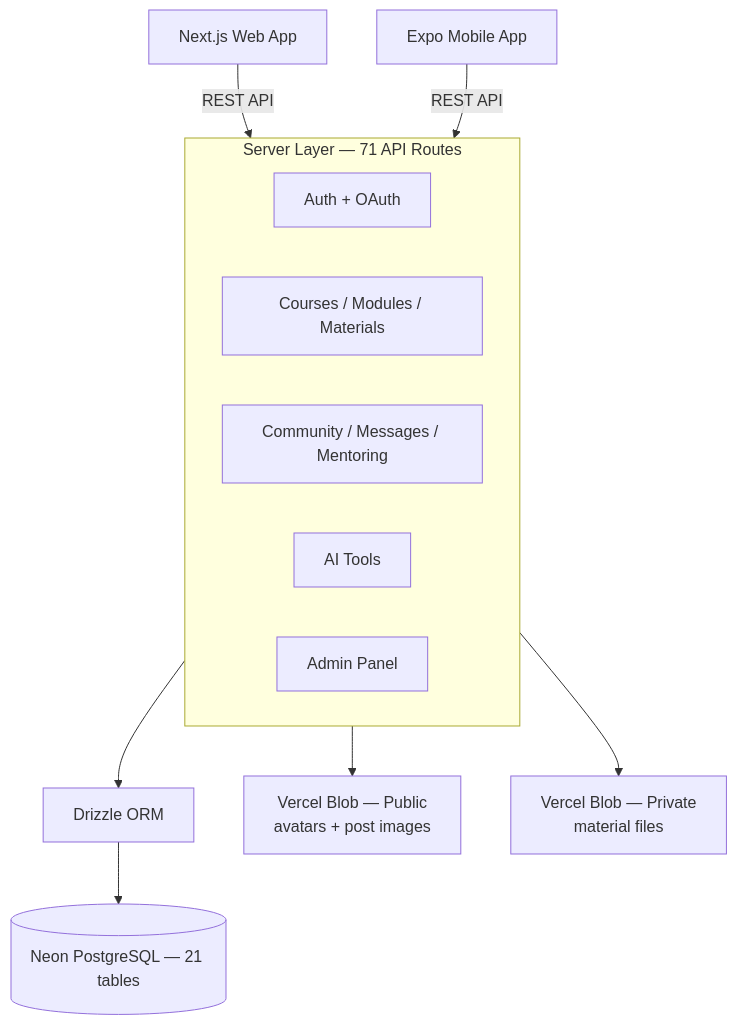
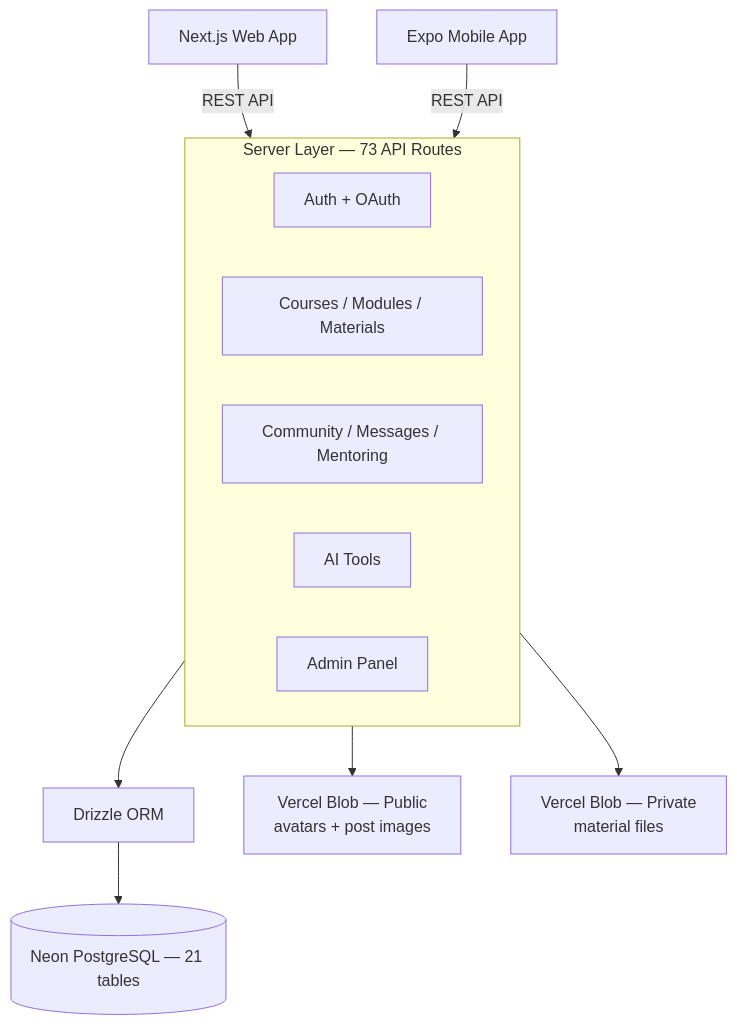
One commit to mariva565/mariva565-full-stack-ai-capstone changed the first of 4 diagrams in README.md. Above: the diagram before and after it, drawn with Mermaid. The commit also changed other lines of this file and 10 other files, not shown here.

````diff
--- a/README.md
+++ b/README.md
@@ -164,18 +166,18 @@
 ```mermaid
 graph TB
     WEB["Next.js Web App"] -->|REST API| SERVER
     MOBILE["Expo Mobile App"] -->|REST API| SERVER
 
-    subgraph SERVER["Server Layer — 71 API Routes"]
+    subgraph SERVER["Server Layer — 73 API Routes"]
         AUTH["Auth + OAuth"]
         CRUD["Courses / Modules / Materials"]
         SOCIAL["Community / Messages / Mentoring"]
         AI["AI Tools"]
         ADMIN["Admin Panel"]
     end
 
     SERVER --> DRIZZLE["Drizzle ORM"]
     DRIZZLE --> DB[("Neon PostgreSQL — 21 tables")]
     SERVER --> PUBLIC_BLOB["Vercel Blob — Public\navatars + post images"]
     SERVER --> PRIVATE_BLOB["Vercel Blob — Private\nmaterial files"]
 ```
````
